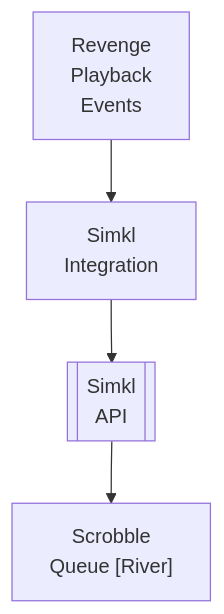
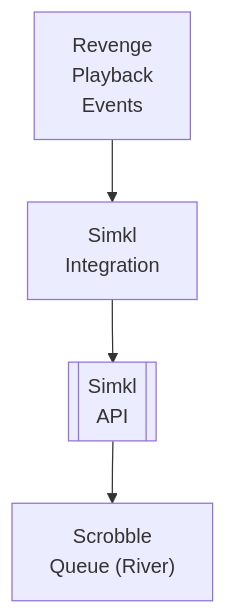
One commit to lusoris/revenge changed the diagram in docs/dev/design/integrations/scrobbling/SIMKL.md. Above: the diagram before and after it, drawn with Mermaid. The commit also changed 210 other files, not shown here.

First line of the commit message:
fix(docs): Use quoted labels in Mermaid to preserve parentheses

````diff
--- a/docs/dev/design/integrations/scrobbling/SIMKL.md
+++ b/docs/dev/design/integrations/scrobbling/SIMKL.md
@@ -59,10 +59,10 @@
 ```mermaid
 flowchart TD
     node1["Revenge<br/>Playback<br/>Events"]
     node2["Simkl<br/>Integration"]
-    node3[[Simkl<br/>API]]
-    node4["Scrobble<br/>Queue [River]"]
+    node3[["Simkl<br/>API"]]
+    node4["Scrobble<br/>Queue (River)"]
     node1 --> node2
     node2 --> node3
     node3 --> node4
 ```
````
